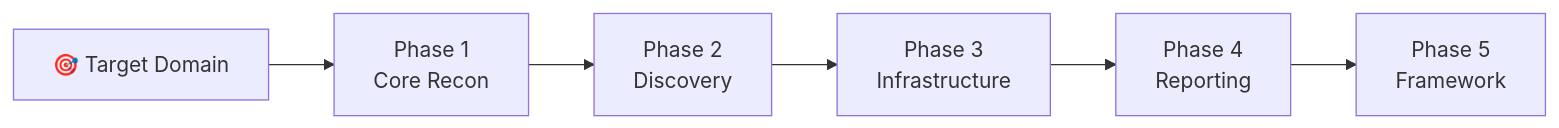
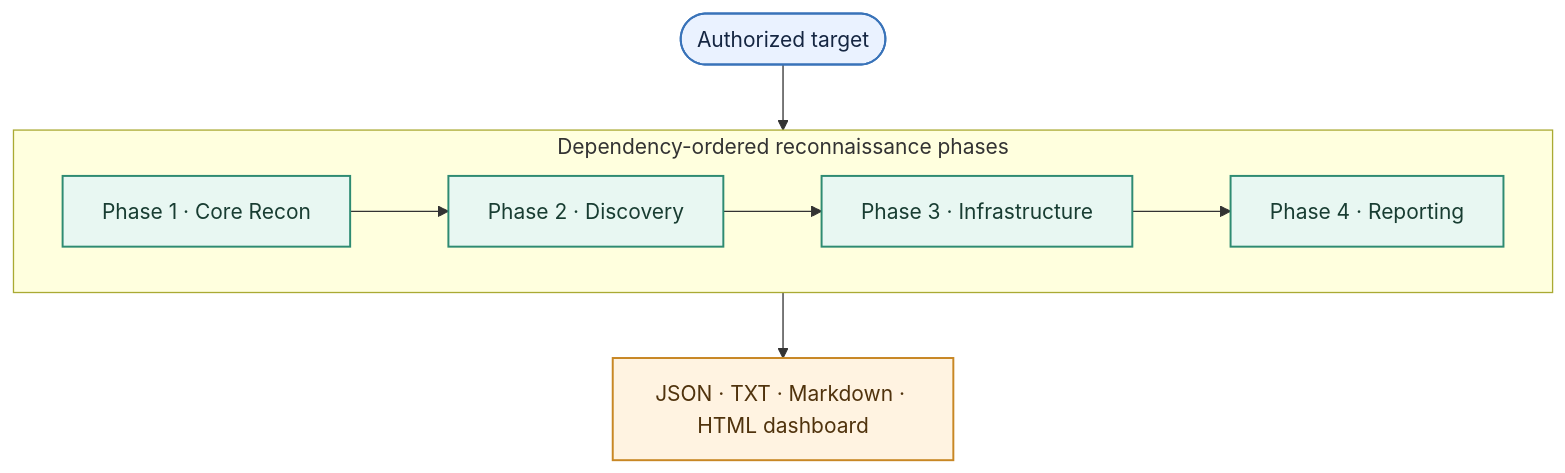
Before and after one commit to sahadatx/Recon-Automation-Framework: the third of 3 diagrams in README.md, drawn with Mermaid. The commit also changed other lines of this file, not shown here.

Commit message:
docs: polish reconnaissance framework README

````diff
--- a/README.md
+++ b/README.md
@@ -309,14 +166,22 @@
 ```mermaid
-flowchart LR
+flowchart TB
+    Target([Authorized target])
 
-    Target["🎯 Target Domain"]
-        --> Core["Phase 1<br/>Core Recon"]
+    subgraph Workflow[Dependency-ordered reconnaissance phases]
+        direction LR
+        Core["Phase 1 · Core Recon"] --> Discovery["Phase 2 · Discovery"]
+        Discovery --> Infrastructure["Phase 3 · Infrastructure"]
+        Infrastructure --> Reporting["Phase 4 · Reporting"]
+    end
 
-    Core --> Discovery["Phase 2<br/>Discovery"]
+    Target --> Core
+    Reporting --> Output["JSON · TXT · Markdown · HTML dashboard"]
 
-    Discovery --> Infrastructure["Phase 3<br/>Infrastructure"]
+    classDef target fill:#EAF2FF,stroke:#3973B9,color:#152642,stroke-width:1.5px;
+    classDef phase fill:#E8F7F2,stroke:#2E8B72,color:#183D32,stroke-width:1.5px;
+    classDef output fill:#FFF3E1,stroke:#C88724,color:#50330D,stroke-width:1.5px;
 
-    Infrastructure --> Reporting["Phase 4<br/>Reporting"]
-
-    Reporting --> Framework["Phase 5<br/>Framework"]
+    class Target target;
+    class Core,Discovery,Infrastructure,Reporting phase;
+    class Output output;
 ```
````
